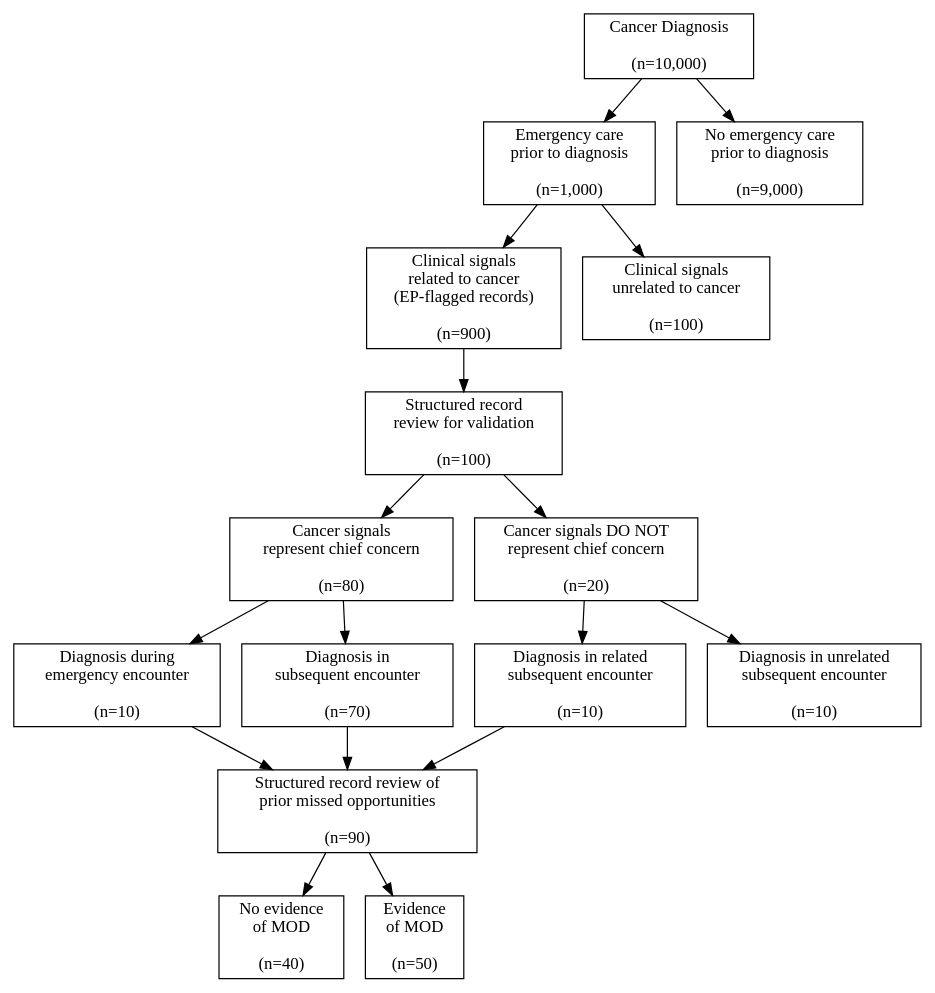
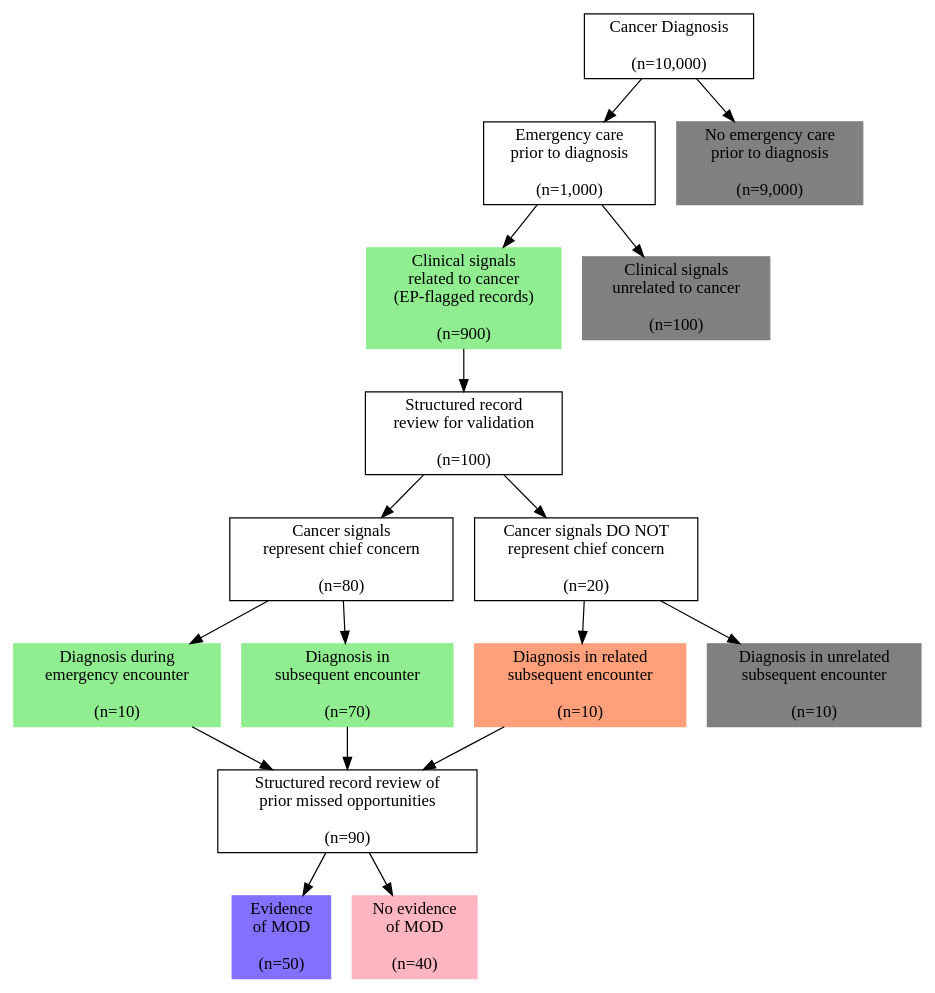
Before and after one commit to zimolzak/MooreMeasures: the diagram in consort.dot, drawn with Graphviz.

Commit message:
A few more color fills.

```diff
--- a/consort.dot
+++ b/consort.dot
@@ -1,46 +1,46 @@
 digraph{
 
 # Nodes
 
 cancer_dx[shape=rectangle, label="Cancer Diagnosis\n\n(n=10,000)"]
 emerg[shape=rectangle, label="Emergency care\nprior to diagnosis\n\n(n=1,000)"]
-no_emerg[shape=rectangle, label="No emergency care\nprior to diagnosis\n\n(n=9,000)"]
-signals_related[shape=rectangle, label="Clinical signals\nrelated to cancer\n(EP-flagged records)\n\n(n=900)"]
-signals_unrelated[shape=rectangle, label="Clinical signals\nunrelated to cancer\n\n(n=100)"]
+no_emerg[shape=rectangle, label="No emergency care\nprior to diagnosis\n\n(n=9,000)", style=filled, color=grey]
+signals_related[shape=rectangle, label="Clinical signals\nrelated to cancer\n(EP-flagged records)\n\n(n=900)", style=filled, color=lightgreen]
+signals_unrelated[shape=rectangle, label="Clinical signals\nunrelated to cancer\n\n(n=100)", style=filled, color=grey]
 
 review_sample[shape=rectangle, label="Structured record\nreview for validation\n\n(n=100)"]
 chief_concern[shape=rectangle, label="Cancer signals\nrepresent chief concern\n\n(n=80)"]
 not_chief[shape=rectangle, label="Cancer signals DO NOT\nrepresent chief concern\n\n(n=20)"]
 
-dx_during_type1[shape=rectangle, label="Diagnosis during\nemergency encounter\n\n(n=10)"]
-dx_later_type2[shape=rectangle, label="Diagnosis in\nsubsequent encounter\n\n(n=70)"]
-dx_related_type3_incidental[shape=rectangle, label="Diagnosis in related\nsubsequent encounter\n\n(n=10)"]
-dx_unrelated_nonEP_FP[shape=rectangle, label="Diagnosis in unrelated\nsubsequent encounter\n\n(n=10)"]
+dx_during_type1[shape=rectangle, label="Diagnosis during\nemergency encounter\n\n(n=10)", style=filled, color=lightgreen]
+dx_later_type2[shape=rectangle, label="Diagnosis in\nsubsequent encounter\n\n(n=70)", style=filled, color=lightgreen]
+dx_related_type3_incidental[shape=rectangle, label="Diagnosis in related\nsubsequent encounter\n\n(n=10)", style=filled, color=lightsalmon]
+dx_unrelated_nonEP_FP[shape=rectangle, label="Diagnosis in unrelated\nsubsequent encounter\n\n(n=10)", style=filled, color=grey]
 
 MOD_review[shape=rectangle, label="Structured record review of\nprior missed opportunities\n\n(n=90)"]
-no_MOD[shape=rectangle, label="No evidence\nof MOD\n\n(n=40)"]
-yes_MOD[shape=rectangle, label="Evidence\nof MOD\n\n(n=50)"]
+yes_MOD[shape=rectangle, label="Evidence\nof MOD\n\n(n=50)", style=filled, color=lightslateblue]
+no_MOD[shape=rectangle, label="No evidence\nof MOD\n\n(n=40)", style=filled, color=lightpink]
 
 # Edges
 
 cancer_dx -> emerg
 cancer_dx -> no_emerg
 emerg -> signals_unrelated
 emerg -> signals_related
 
 signals_related -> review_sample
 review_sample -> chief_concern
 review_sample -> not_chief
 chief_concern -> dx_during_type1
 chief_concern -> dx_later_type2
 not_chief -> dx_related_type3_incidental
 not_chief -> dx_unrelated_nonEP_FP
 
 dx_during_type1 -> MOD_review
 dx_later_type2 -> MOD_review
 dx_related_type3_incidental -> MOD_review
 
 MOD_review -> yes_MOD
 MOD_review -> no_MOD
 
 }
```
